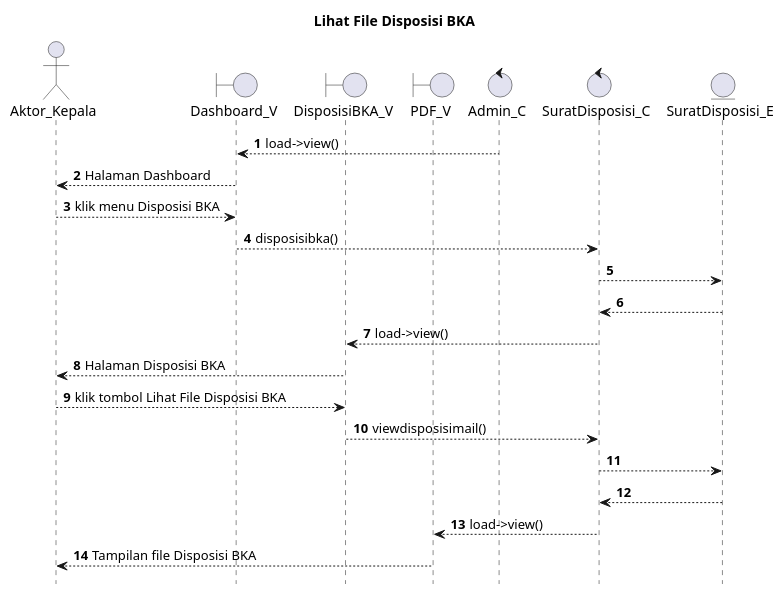
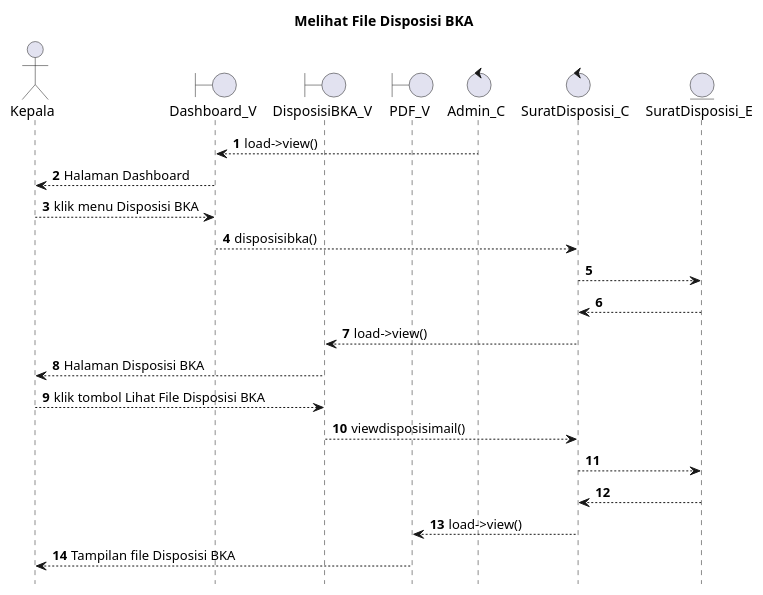
The diagram in SELAIN SISTEM/UML/SEQUENCE/kepala/VIewFileDisposisiBKA.puml (kurniado729/sistem_kp), drawn with PlantUML before and after one commit. The commit also changed 185 other files, not shown here.

Commit message:
masukkan sequence di laporan

```diff
--- a/SELAIN SISTEM/UML/SEQUENCE/kepala/VIewFileDisposisiBKA.puml
+++ b/SELAIN SISTEM/UML/SEQUENCE/kepala/VIewFileDisposisiBKA.puml
@@ -1,33 +1,33 @@
 @startuml
 
 autonumber
 hide footbox
-title Lihat File Disposisi BKA
+title Melihat File Disposisi BKA
 
-Actor Aktor_Kepala
+Actor Kepala
 boundary Dashboard_V
 boundary DisposisiBKA_V
 boundary PDF_V
 control Admin_C
 control SuratDisposisi_C
 Entity SuratDisposisi_E
 
 Admin_C --> Dashboard_V: load->view()
-Dashboard_V --> Aktor_Kepala: Halaman Dashboard
-Aktor_Kepala --> Dashboard_V: klik menu Disposisi BKA
+Dashboard_V --> Kepala: Halaman Dashboard
+Kepala --> Dashboard_V: klik menu Disposisi BKA
 Dashboard_V --> SuratDisposisi_C: disposisibka()
 SuratDisposisi_C --> SuratDisposisi_E:
     
     SuratDisposisi_E --> SuratDisposisi_C:
     SuratDisposisi_C --> DisposisiBKA_V: load->view()
-    DisposisiBKA_V --> Aktor_Kepala: Halaman Disposisi BKA
+    DisposisiBKA_V --> Kepala: Halaman Disposisi BKA
 
-Aktor_Kepala --> DisposisiBKA_V: klik tombol Lihat File Disposisi BKA
+Kepala --> DisposisiBKA_V: klik tombol Lihat File Disposisi BKA
 DisposisiBKA_V --> SuratDisposisi_C: viewdisposisimail()
 SuratDisposisi_C --> SuratDisposisi_E:
    
     SuratDisposisi_E --> SuratDisposisi_C:
     SuratDisposisi_C --> PDF_V: load->view()
-    PDF_V --> Aktor_Kepala: Tampilan file Disposisi BKA
+    PDF_V --> Kepala: Tampilan file Disposisi BKA
 
 @enduml
```
